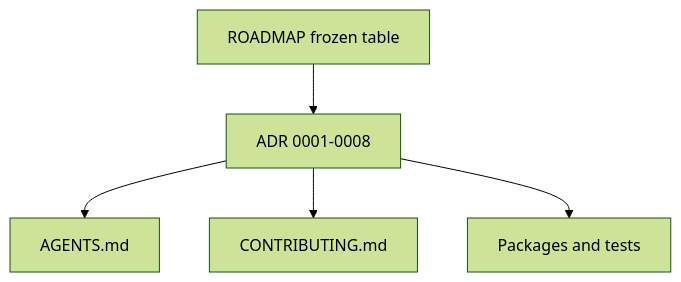
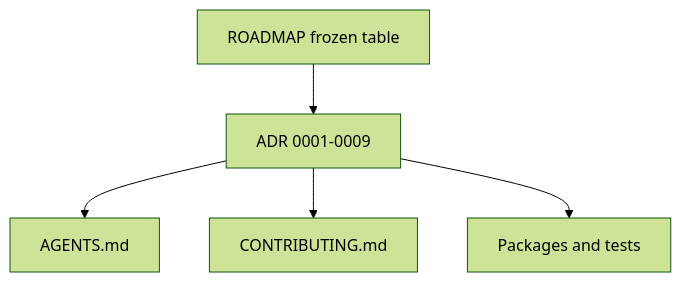
One commit to witzbeck/mtg-loop-engine changed the diagram in docs/decisions/README.md. Above: the diagram before and after it, drawn with Mermaid (forest theme). The commit also changed other lines of this file and 12 other files, not shown here.

````diff
--- a/docs/decisions/README.md
+++ b/docs/decisions/README.md
@@ -9,7 +9,7 @@
 ```mermaid
 graph TB;
-  roadmap[ROADMAP frozen table] --> adrSeed[ADR 0001-0008];
+  roadmap[ROADMAP frozen table] --> adrSeed[ADR 0001-0009];
   adrSeed --> agents[AGENTS.md];
   adrSeed --> contrib[CONTRIBUTING.md];
   adrSeed --> code[Packages and tests];
 ```
````
